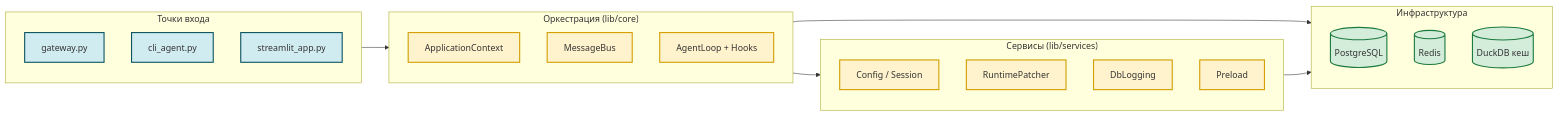
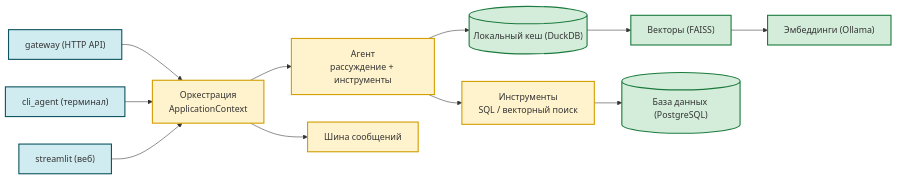
Before and after one commit to AlexEgorov85/workspaces_nanobot: the diagram in README.md, drawn with Mermaid. The commit also changed 2 other files, not shown here.

Commit message:
docs(diagrams): перейти на понятийные подписи вместо имён классов
Обзорная и infra-диаграммы переформулированы на язык предметной области (Агент, Инструменты, Кеш, Векторы, База данных, Эмбеддинги) по образцу nanobot_arch.png; детальные диаграммы смягчены до понятийных меток. Убраны вложенные subgraph, добавлены подписи рёбер

````diff
--- a/README.md
+++ b/README.md
@@ -52,34 +52,19 @@
 ```mermaid
 flowchart LR
-    subgraph UI["Точки входа"]
-        GW["gateway.py"]
-        CLI["cli_agent.py"]
-        ST["streamlit_app.py"]
-    end
-    subgraph ORCH["Оркестрация (lib/core)"]
-        CTX["ApplicationContext"]
-        BUS["MessageBus"]
-        AGENT["AgentLoop + Hooks"]
-    end
-    subgraph SVC["Сервисы (lib/services)"]
-        CFG["Config / Session"]
-        RT["RuntimePatcher"]
-        DBL["DbLogging"]
-        PRE["Preload"]
-    end
-    subgraph INFRA["Инфраструктура"]
-        PG[("PostgreSQL")]
-        RD[("Redis")]
-        DUCK[("DuckDB кеш")]
-    end
-    UI --> ORCH
-    ORCH --> SVC
-    ORCH --> INFRA
-    SVC --> INFRA
+    WEB["gateway (HTTP API)"] --> ORCH["Оркестрация<br/>ApplicationContext"]
+    TERM["cli_agent (терминал)"] --> ORCH
+    UI["streamlit (веб)"] --> ORCH
+    ORCH --> AGENT["Агент<br/>рассуждение + инструменты"]
+    ORCH --> BUS["Шина сообщений"]
+    AGENT --> CACHE[("Локальный кеш (DuckDB)")]
+    AGENT --> TOOLS["Инструменты<br/>SQL / векторный поиск"]
+    CACHE --> VEC["Векторы (FAISS)"]
+    TOOLS --> DB[("База данных (PostgreSQL)")]
+    VEC --> EMB["Эмбеддинги (Ollama)"]
     classDef entry fill:#d1ecf1,stroke:#0c5460,stroke-width:2px
     classDef core fill:#fff3cd,stroke:#d39e00,stroke-width:2px
     classDef infra fill:#d4edda,stroke:#1b7a3d,stroke-width:2px
-    class GW,CLI,ST entry
-    class CTX,BUS,AGENT,CFG,RT,DBL,PRE core
-    class PG,RD,DUCK infra
+    class WEB,TERM,UI entry
+    class ORCH,AGENT,BUS,TOOLS core
+    class CACHE,VEC,DB,EMB infra
 ```
````
